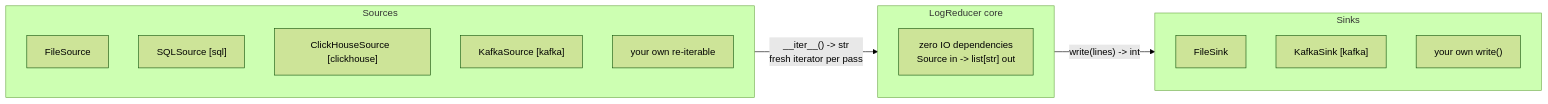
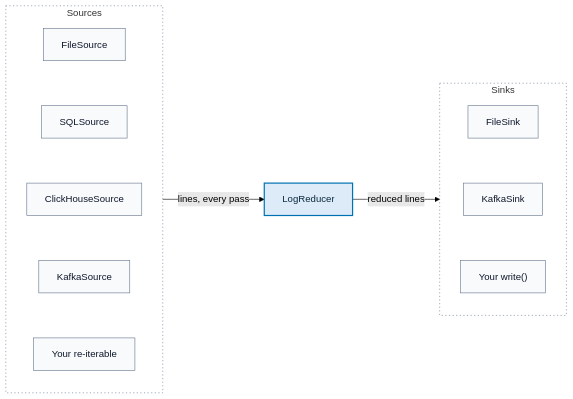
Before and after one commit to hyperi-io/logreducer: the second of 2 diagrams in docs/library-guide.md, drawn with Mermaid (forest theme). The commit also changed other lines of this file and 9 other files, not shown here.

````diff
--- a/docs/library-guide.md
+++ b/docs/library-guide.md
@@ -81,22 +95,34 @@
 ```mermaid
 flowchart LR
-    subgraph inputs ["Sources"]
+    accTitle: L4 Detail -- Sources and sinks
+    accDescr: FileSource, SQLSource, ClickHouseSource, KafkaSource or your own re-iterable hand lines to the LogReducer core on every pass. The core writes the reduced lines to FileSink, KafkaSink or your own sink.
+
+    subgraph sources["Sources"]
         direction TB
-        FS["FileSource"]
-        SS["SQLSource  [sql]"]
-        CS["ClickHouseSource  [clickhouse]"]
-        KS["KafkaSource  [kafka]"]
-        MY["your own re-iterable"]
+        filesrc["FileSource"]
+        sqlsrc["SQLSource"]
+        chsrc["ClickHouseSource"]
+        kafkasrc["KafkaSource"]
+        ownsrc["Your re-iterable"]
+        filesrc ~~~ sqlsrc ~~~ chsrc ~~~ kafkasrc ~~~ ownsrc
     end
-    subgraph core ["LogReducer core"]
-        C["zero IO dependencies<br/>Source in -> list[str] out"]
+
+    core["LogReducer"]
+
+    subgraph sinks["Sinks"]
+        direction TB
+        filesink["FileSink"]
+        kafkasink["KafkaSink"]
+        ownsink["Your write()"]
+        filesink ~~~ kafkasink ~~~ ownsink
     end
-    subgraph outputs ["Sinks"]
-        direction TB
-        FK["FileSink"]
-        KK["KafkaSink  [kafka]"]
-        MS["your own write()"]
-    end
-    inputs -->|"__iter__() -> str<br/>fresh iterator per pass"| core
-    core -->|"write(lines) -> int"| outputs
+
+    sources -->|lines, every pass| core
+    core -->|reduced lines| sinks
+
+    classDef default fill:#F8FAFC,stroke:#64748B,stroke-width:1px,color:#0F172A
+    classDef core fill:#DCEBF7,stroke:#0072B2,stroke-width:2px,color:#0B2A3F
+    classDef group fill:none,stroke:#64748B,stroke-width:1px,stroke-dasharray:2 4
+    class core core
+    class sources,sinks group
 ```
````
